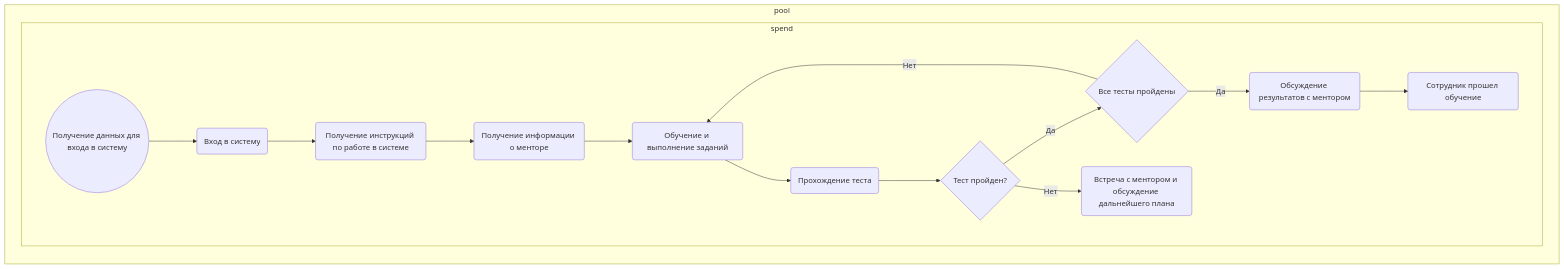
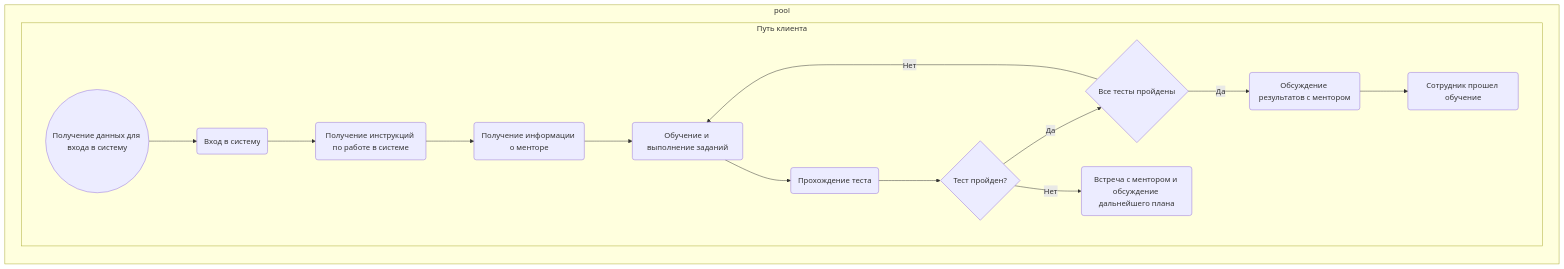
One commit to Namelomax/AIOnborder changed the third of 3 diagrams in AIOnborder/Этапы работы ассистента.md. Above: the diagram before and after it, drawn with Mermaid. The commit also changed other lines of this file and 2 other files, not shown here.

````diff
--- a/AIOnborder/Этапы работы ассистента.md
+++ b/AIOnborder/Этапы работы ассистента.md
@@ -82,30 +82,30 @@
 ```mermaid
 graph LR
     subgraph pool
-        subgraph spend
+        subgraph Путь клиента
 	        A0((Получение данных для входа в систему))
 	        A1(Вход в систему)
 	        A2(Получение инструкций по работе в системе)
 	        A3(Получение информации о менторе)
 	        A4(Обучение и выполнение заданий)
 	        A5(Прохождение теста)
 	        A6{Тест пройден?}
 	        A7(Встреча с ментором и обсуждение дальнейшего плана)
 	        A8{Все тесты пройдены}
 	        A9(Обсуждение результатов с ментором)
 	        A10(Сотрудник прошел обучение)
 
             A0-->A1
             A1-->A2
             A2-->A3
             A3-->A4
             A4-->A5
             A5-->A6
             A6--> |Да| A8
             A6--> |Нет| A7
             A8--> |Да| A9
             A8--> |Нет| A4
             A9-->A10
         end
     end
 ```
````
